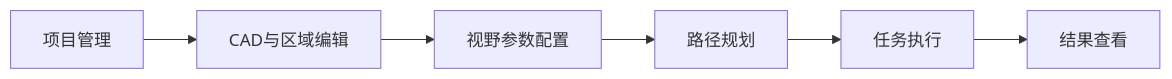
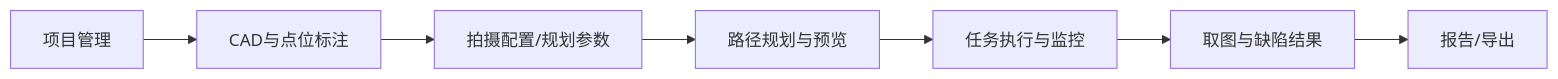
Before and after one commit to Misaka21/inspection-hmi: the first of 4 diagrams in docs/hmi_ui_design.md, drawn with Mermaid. The commit also changed other lines of this file and 1 other file, not shown here.

````diff
--- a/docs/hmi_ui_design.md
+++ b/docs/hmi_ui_design.md
@@ -12,8 +15,9 @@
 ```mermaid
 flowchart LR
-  A[项目管理] --> B[CAD与区域编辑]
-  B --> C[视野参数配置]
-  C --> D[路径规划]
-  D --> E[任务执行]
-  E --> F[结果查看]
+  A[项目管理] --> B[CAD与点位标注]
+  B --> C[拍摄配置/规划参数]
+  C --> D[路径规划与预览]
+  D --> E[任务执行与监控]
+  E --> F[取图与缺陷结果]
+  F --> G[报告/导出]
 ```
````
